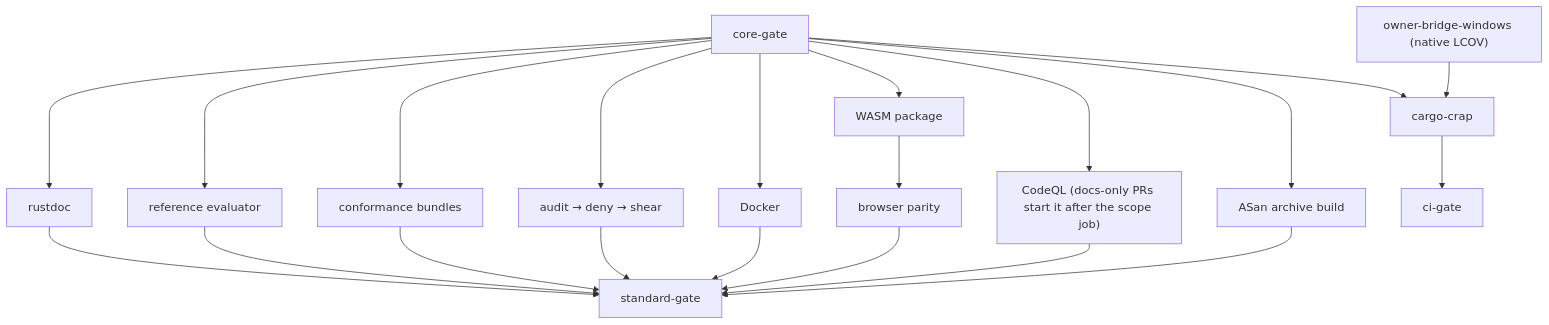
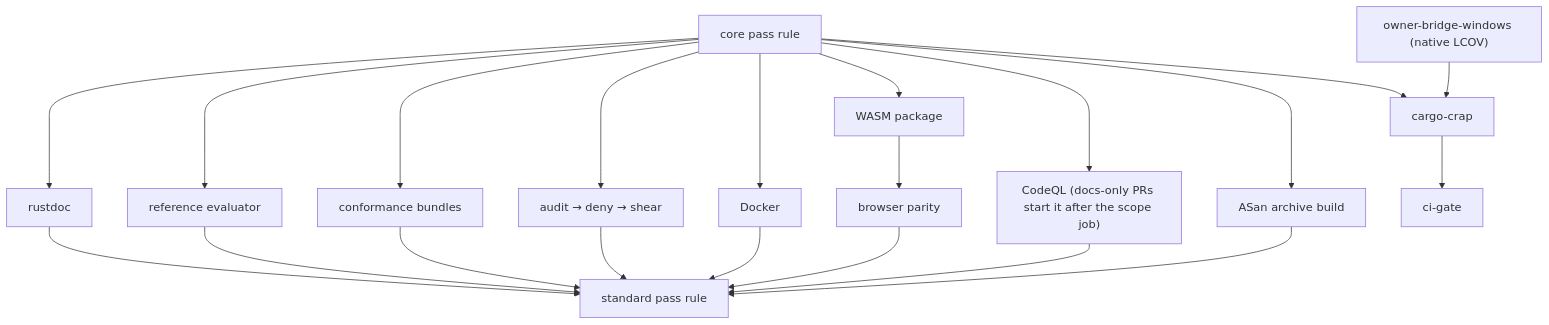
One commit to arceushui/pigloros changed the eighth of 14 diagrams in CONTRIBUTING.md. Above: the diagram before and after it, drawn with Mermaid. The commit also changed other lines of this file and 16 other files, not shown here.

````diff
--- a/CONTRIBUTING.md
+++ b/CONTRIBUTING.md
@@ -267,23 +273,23 @@
 ```mermaid
 flowchart TD
-    CG["core-gate"] --> D["rustdoc"]
+    CG["core pass rule"] --> D["rustdoc"]
     CG --> E["reference evaluator"]
     CG --> B["conformance bundles"]
     CG --> P["audit → deny → shear"]
     CG --> X["Docker"]
     CG --> W["WASM package"]
     CG --> Q["CodeQL (docs-only PRs start it after the scope job)"]
     CG --> AB["ASan archive build"]
     CG --> CR["cargo-crap"]
     OW["owner-bridge-windows (native LCOV)"] --> CR
     CR --> CI["ci-gate"]
     W --> BP["browser parity"]
-    D --> G["standard-gate"]
+    D --> G["standard pass rule"]
     E --> G
     B --> G
     P --> G
     X --> G
     Q --> G
     BP --> G
     AB --> G
 ```
````
